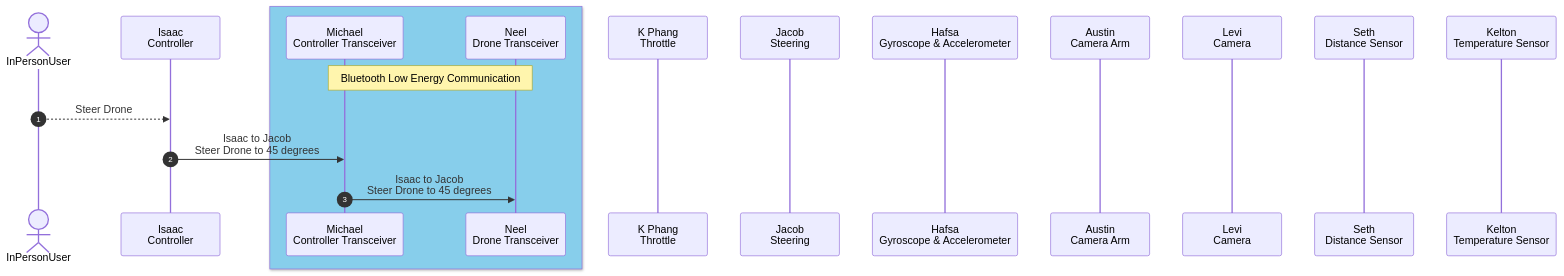
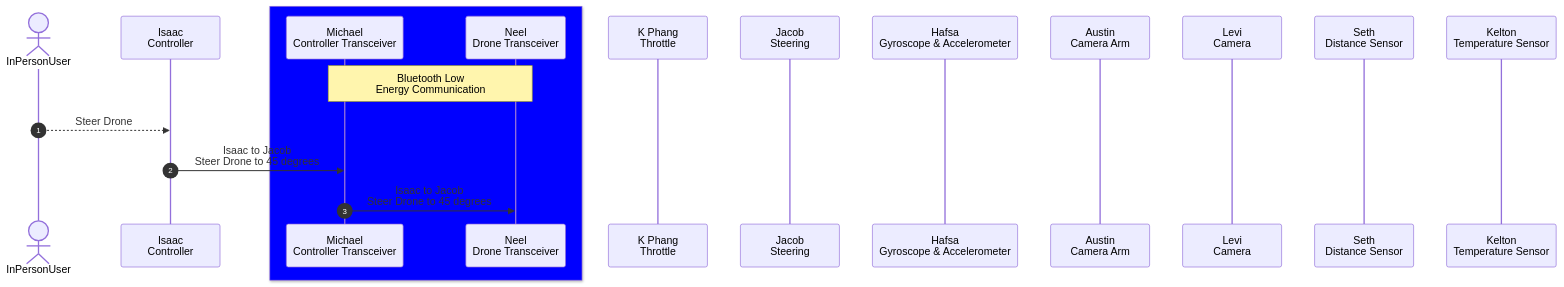
The fourth of 4 diagrams in docs/Appendix/04-Examples-to-Remove/charts.md (HFSKSN/hfsksn.github.io), drawn with Mermaid before and after one commit.

````diff
--- a/docs/Appendix/04-Examples-to-Remove/charts.md
+++ b/docs/Appendix/04-Examples-to-Remove/charts.md
@@ -43,23 +43,23 @@
 ``` mermaid
 sequenceDiagram
   autonumber
   actor U as InPersonUser
   participant I as Isaac<br/>Controller
-  box SkyBlue
+  box Blue
   participant M as Michael<br/>Controller Transceiver
   participant N as Neel<br/>Drone Transceiver
   end
   participant P as K Phang<br/>Throttle
   participant J as Jacob<br/>Steering
   participant H as Hafsa<br/>Gyroscope & Accelerometer
   participant A as Austin<br/>Camera Arm
   participant L as Levi<br/>Camera
   participant S as Seth<br/>Distance Sensor
   participant K as Kelton<br/>Temperature Sensor
 
-  Note over M,N: Bluetooth Low Energy Communication
+  Note over M,N: Bluetooth Low<br/>Energy Communication
 
   U-->>I: Steer Drone
   I->>M: Isaac to Jacob<br/>Steer Drone to 45 degrees
   M->>N: Isaac to Jacob<br/>Steer Drone to 45 degrees
 ```
````
